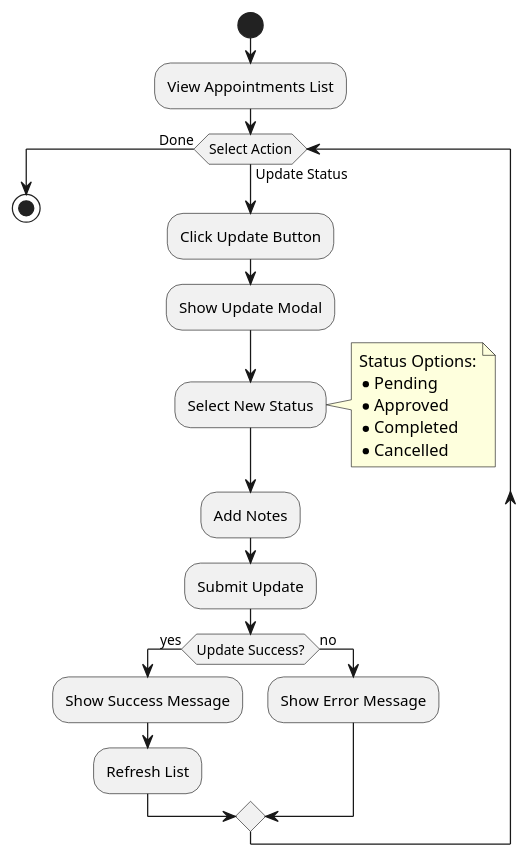
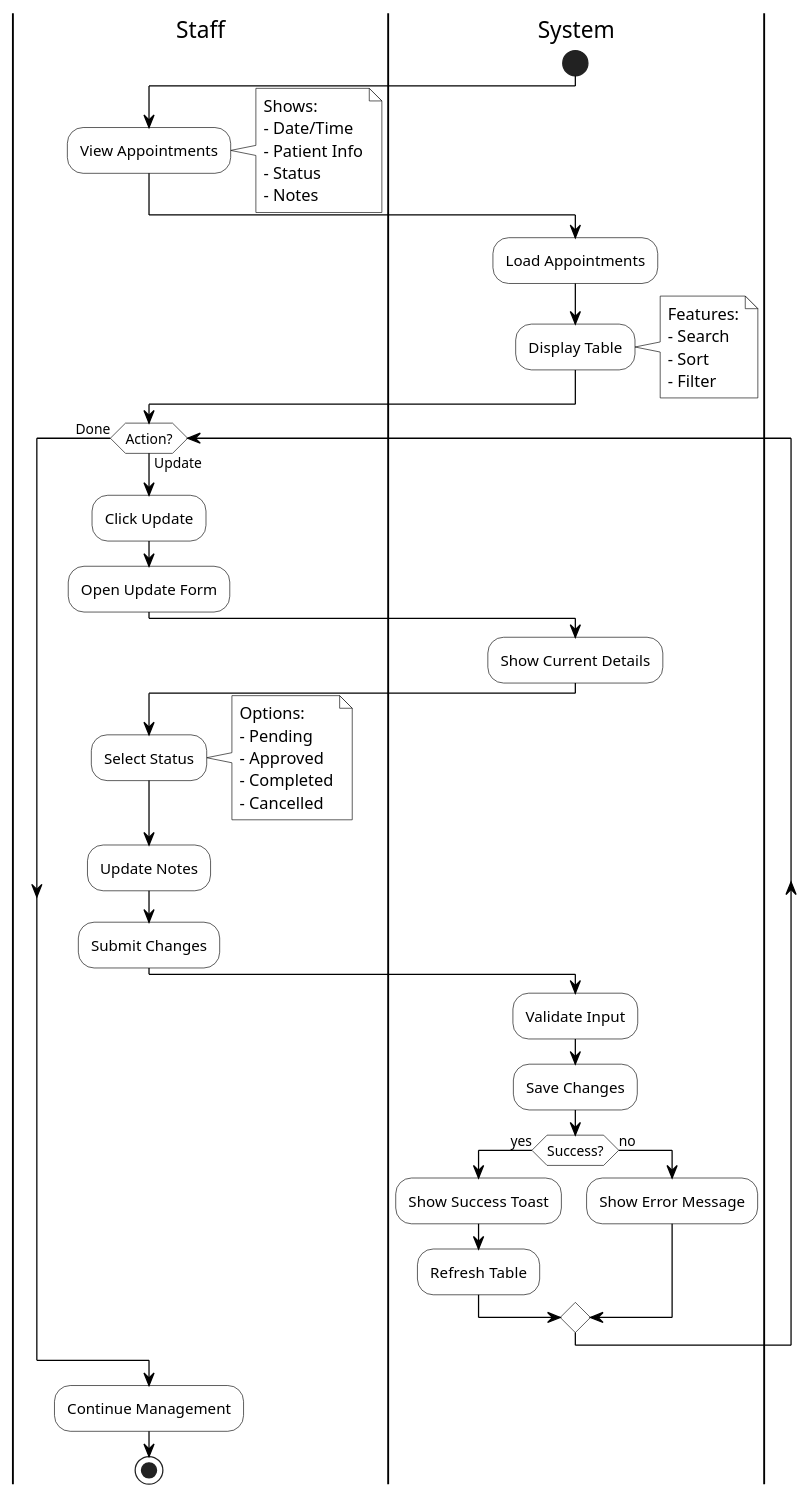
Before and after one commit to KuroKage-001/Mamatid_MedClinic: the diagram in dist/diagrams/Activity_Diagrams/manage_appointments.activity.puml, drawn with PlantUML. The commit also changed 17 other files, not shown here.

```diff
--- a/dist/diagrams/Activity_Diagrams/manage_appointments.activity.puml
+++ b/dist/diagrams/Activity_Diagrams/manage_appointments.activity.puml
@@ -1,30 +1,73 @@
 @startuml Manage Appointments Activity
+skinparam monochrome true
+skinparam shadowing false
+skinparam ActivityBackgroundColor white
+skinparam ActivityBorderColor black
+skinparam ArrowColor black
+skinparam NoteBackgroundColor white
+skinparam NoteBorderColor black
+
+|Staff|
+|System|
 
 start
-:View Appointments List;
 
-while (Select Action) is (Update Status)
-  :Click Update Button;
-  :Show Update Modal;
-  :Select New Status;
+|Staff|
+:View Appointments;
+note right
+  Shows:
+  - Date/Time
+  - Patient Info
+  - Status
+  - Notes
+end note
+
+|System|
+:Load Appointments;
+:Display Table;
+note right
+  Features:
+  - Search
+  - Sort
+  - Filter
+end note
+
+|Staff|
+while (Action?) is (Update)
+  :Click Update;
+  :Open Update Form;
+  
+  |System|
+  :Show Current Details;
+  
+  |Staff|
+  :Select Status;
   note right
-    Status Options:
-    * Pending
-    * Approved
-    * Completed
-    * Cancelled
+    Options:
+    - Pending
+    - Approved
+    - Completed
+    - Cancelled
   end note
-  :Add Notes;
-  :Submit Update;
+  :Update Notes;
+  :Submit Changes;
   
-  if (Update Success?) then (yes)
-    :Show Success Message;
-    :Refresh List;
+  |System|
+  :Validate Input;
+  :Save Changes;
+  
+  if (Success?) then (yes)
+    :Show Success Toast;
+    :Refresh Table;
   else (no)
     :Show Error Message;
   endif
+  
 endwhile (Done)
+
+|Staff|
+:Continue Management;
 
 stop
 
 @enduml 
```
